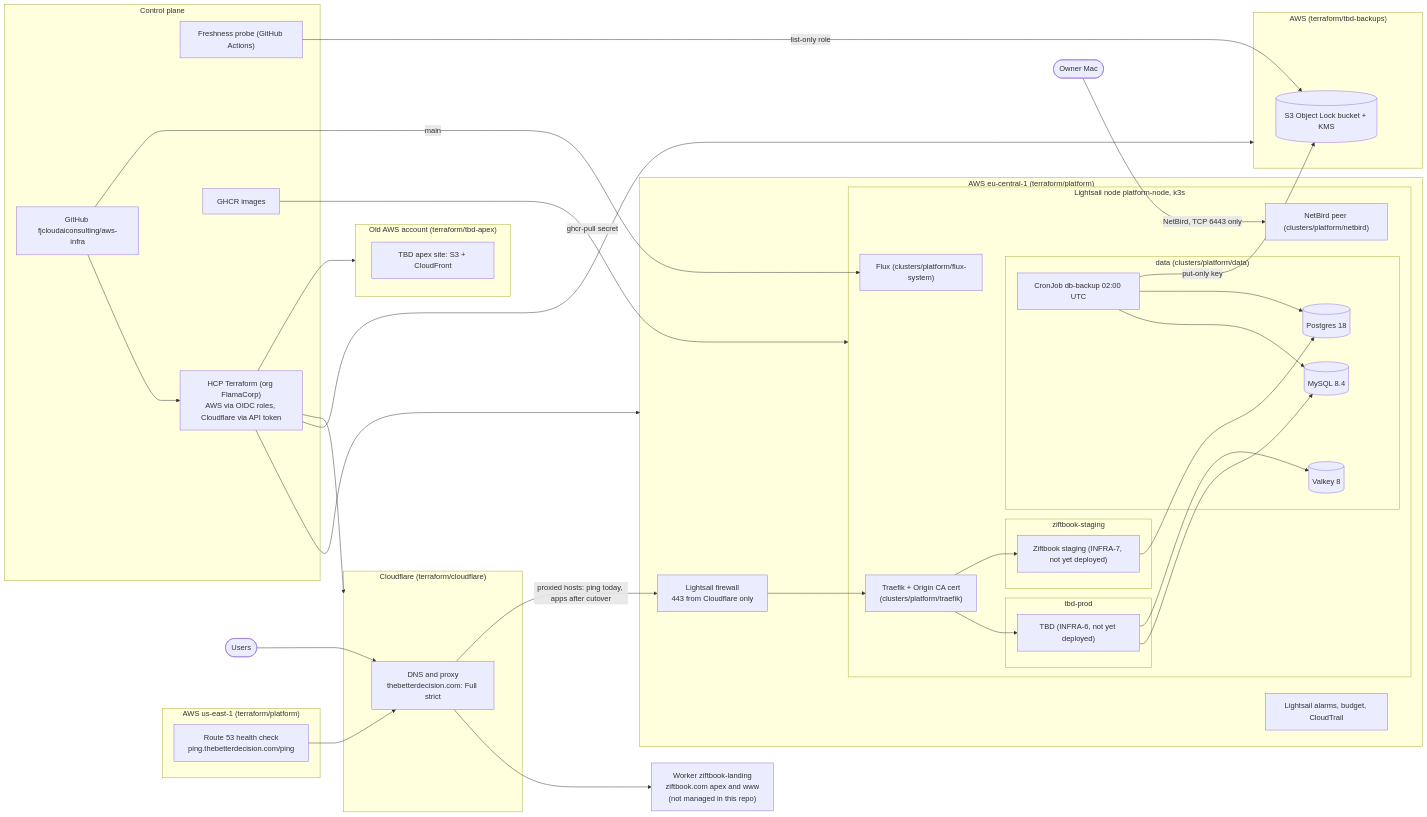
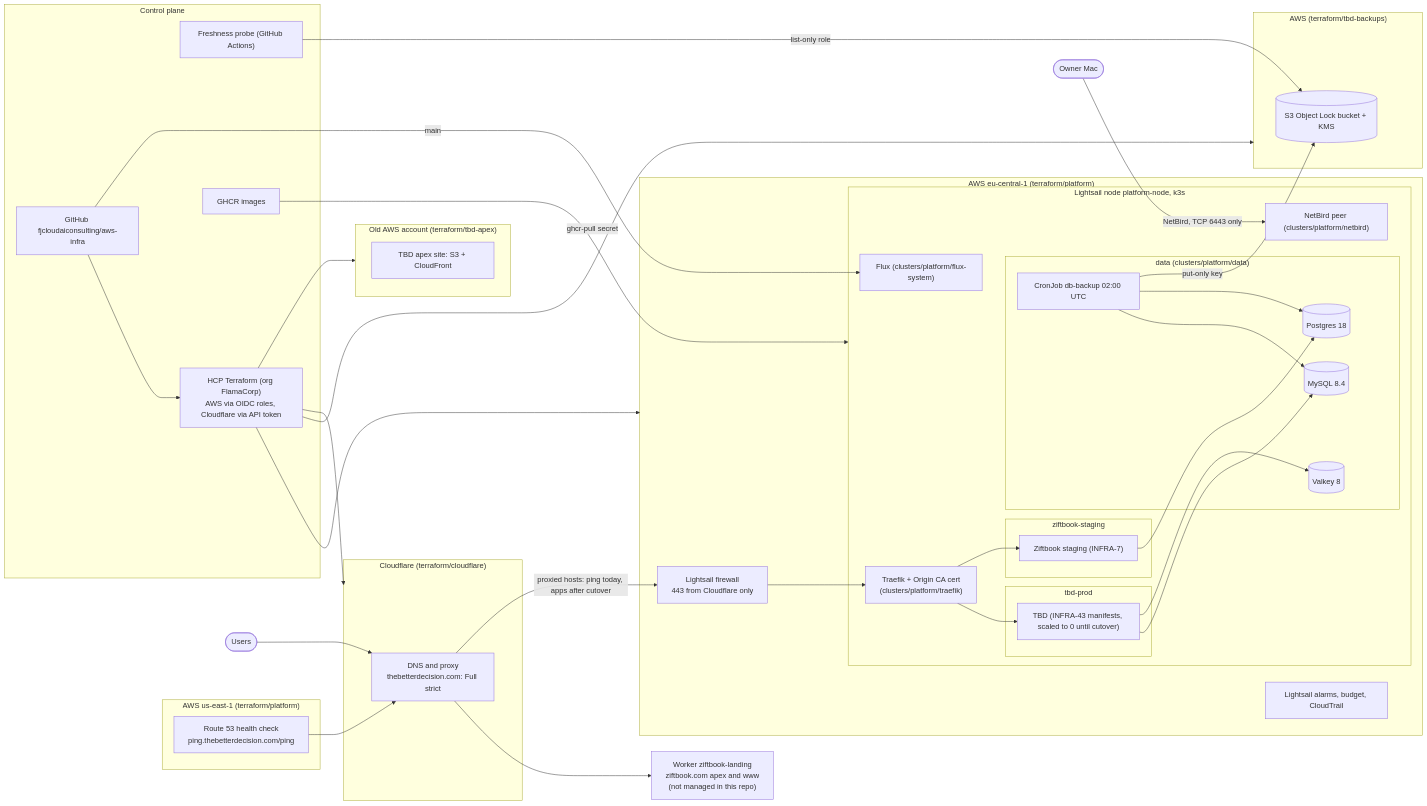
The diagram in docs/architecture.md (fjcloudaiconsulting/aws-infra), drawn with Mermaid before and after one commit. The commit also changed other lines of this file and 7 other files, not shown here.

First line of the commit message:
feat(clusters): tbd-prod backend, frontend and scheduler, inert until cutover (INFRA-43) (#60)

````diff
--- a/docs/architecture.md
+++ b/docs/architecture.md
@@ -7,63 +7,63 @@
 ```mermaid
 flowchart LR
   user([Users]) --> cf
 
   subgraph cloudflare["Cloudflare (terraform/cloudflare)"]
     cf["DNS and proxy<br/>thebetterdecision.com: Full strict"]
   end
   worker["Worker ziftbook-landing<br/>ziftbook.com apex and www<br/>(not managed in this repo)"]
   cf --> worker
 
   subgraph aws_platform["AWS eu-central-1 (terraform/platform)"]
     fw["Lightsail firewall<br/>443 from Cloudflare only"]
     subgraph node["Lightsail node platform-node, k3s"]
       traefik["Traefik + Origin CA cert<br/>(clusters/platform/traefik)"]
       subgraph ns_tbd["tbd-prod"]
-        tbdapp["TBD (INFRA-6, not yet deployed)"]
+        tbdapp["TBD (INFRA-43 manifests, scaled to 0 until cutover)"]
       end
       subgraph ns_zif["ziftbook-staging"]
-        zifapp["Ziftbook staging (INFRA-7, not yet deployed)"]
+        zifapp["Ziftbook staging (INFRA-7)"]
       end
       subgraph ns_data["data (clusters/platform/data)"]
         mysql[("MySQL 8.4")]
         postgres[("Postgres 18")]
         valkey[("Valkey 8")]
         backup["CronJob db-backup 02:00 UTC"]
       end
       flux["Flux (clusters/platform/flux-system)"]
       netbird["NetBird peer (clusters/platform/netbird)"]
     end
     alarms["Lightsail alarms, budget, CloudTrail"]
   end
   cf -->|"proxied hosts: ping today, apps after cutover"| fw --> traefik
   traefik --> tbdapp & zifapp
   tbdapp --> mysql & valkey
   zifapp --> postgres
   backup --> mysql & postgres
 
   subgraph aws_backups["AWS (terraform/tbd-backups)"]
     bucket[("S3 Object Lock bucket + KMS")]
   end
   backup -->|"put-only key"| bucket
   probe -->|"list-only role"| bucket
 
   subgraph useast["AWS us-east-1 (terraform/platform)"]
     hc["Route 53 health check<br/>ping.thebetterdecision.com/ping"]
   end
   hc --> cf
 
   subgraph oldacct["Old AWS account (terraform/tbd-apex)"]
     apex["TBD apex site: S3 + CloudFront"]
   end
 
   subgraph control["Control plane"]
     gh["GitHub fjcloudaiconsulting/aws-infra"]
     tfc["HCP Terraform (org FlamaCorp)<br/>AWS via OIDC roles, Cloudflare via API token"]
     ghcr["GHCR images"]
     probe["Freshness probe (GitHub Actions)"]
   end
   gh --> tfc --> aws_platform & aws_backups & cloudflare & oldacct
   gh -->|"main"| flux
   ghcr -->|"ghcr-pull secret"| node
   owner([Owner Mac]) -->|"NetBird, TCP 6443 only"| netbird
 ```
````
